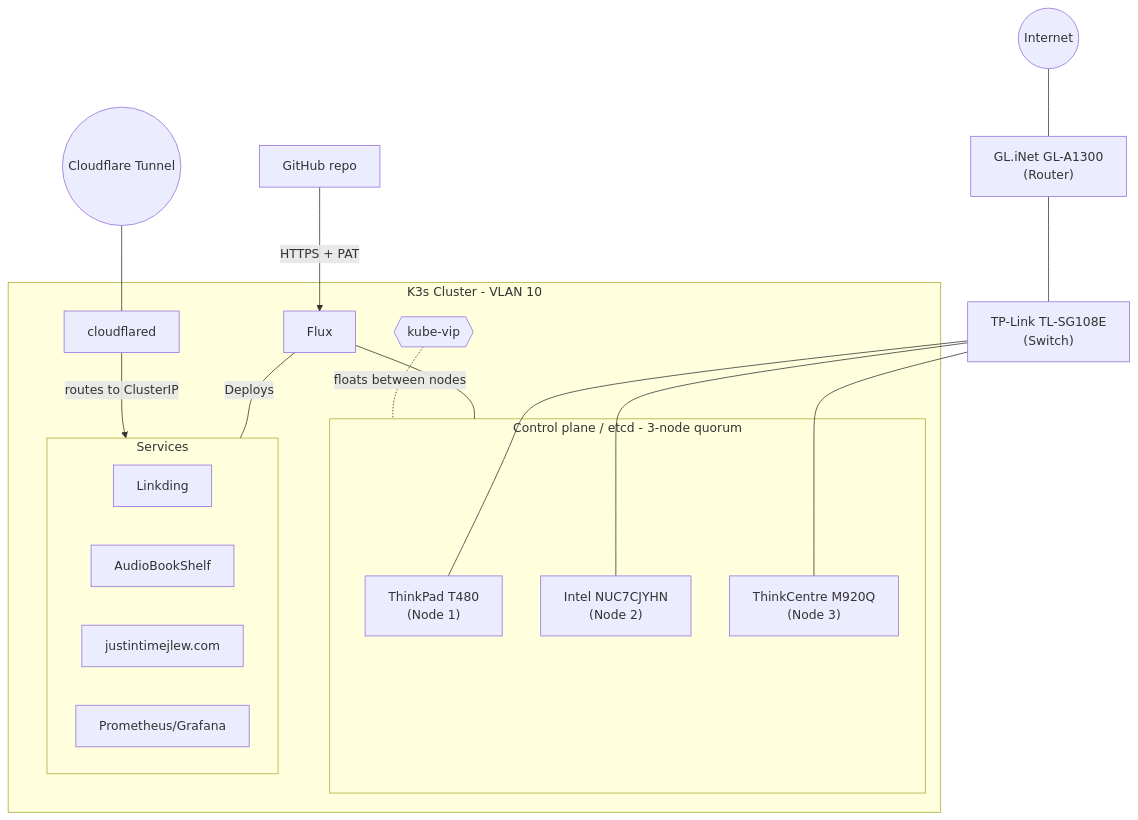
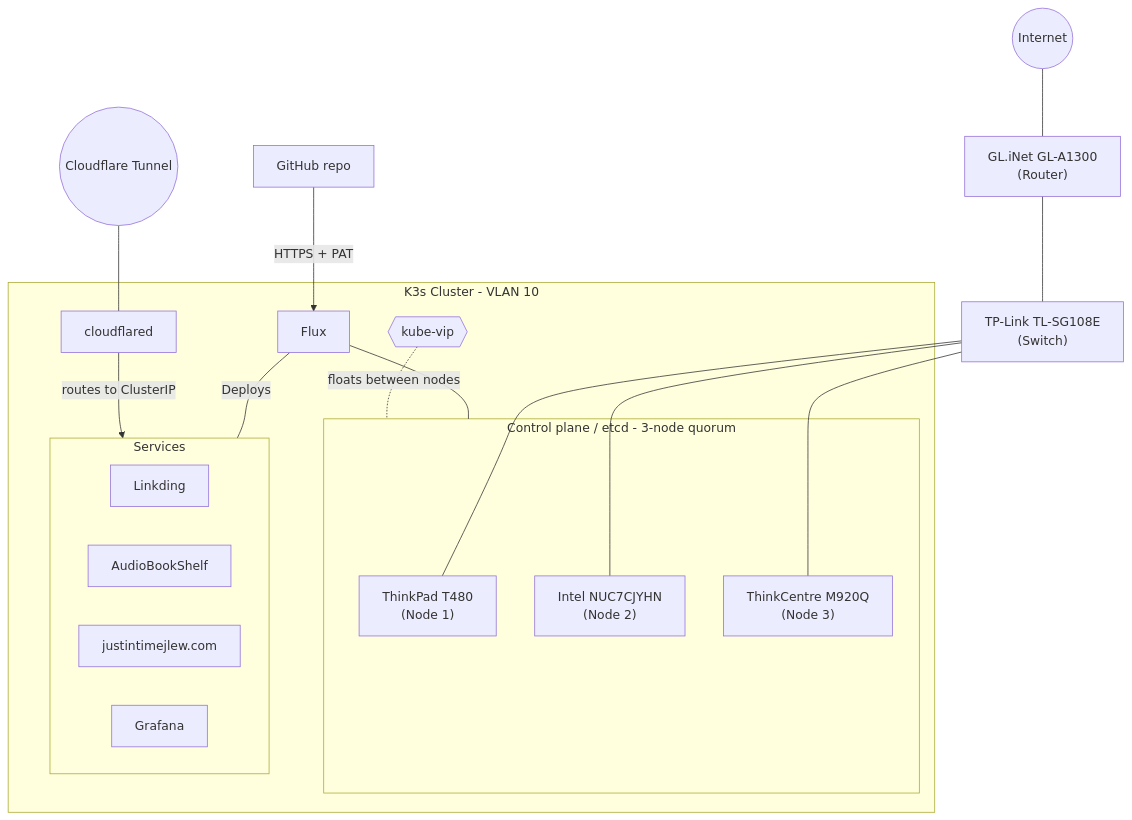
One commit to justintimejlew/homelab changed the diagram in README.md. Above: the diagram before and after it, drawn with Mermaid. The commit also changed other lines of this file, not shown here.

Commit message:
Fix Grafana link in README
Updated Grafana link in README to point to the correct URL.

````diff
--- a/README.md
+++ b/README.md
@@ -36,40 +36,40 @@
 ```mermaid
 flowchart TB
     ISP((Internet))
     SW["TP-Link TL-SG108E
     (Switch)"]
     RTR["GL.iNet GL-A1300
     (Router)"]
     ISP --- RTR
     RTR --- SW
 
     subgraph K3S["K3s Cluster - VLAN 10"]
         VIP{{kube-vip}}
         CF[cloudflared]
         subgraph CTRL["Control plane / etcd - 3-node quorum"]
             T480["ThinkPad T480
             (Node 1)"]
             NUC["Intel NUC7CJYHN
             (Node 2)"]
             M920["ThinkCentre M920Q
             (Node 3)"]
         end
         subgraph SVC["Services"]
             LD[Linkding]
             ABS[AudioBookShelf]
             SITE[justintimejlew.com]
-            MON[Prometheus/Grafana]
+            MON[Grafana]
         end
         FLUX ---| Deploys | SVC
         FLUX --- CTRL
         CF -->|routes to ClusterIP| SVC
     end
     CFT((Cloudflare Tunnel)) --- CF
    
     SW --- T480
     SW --- NUC
     SW --- M920
 
     GH[GitHub repo] -->|HTTPS + PAT| FLUX[Flux]    
     VIP -.-|floats between nodes| CTRL
 ```
````
